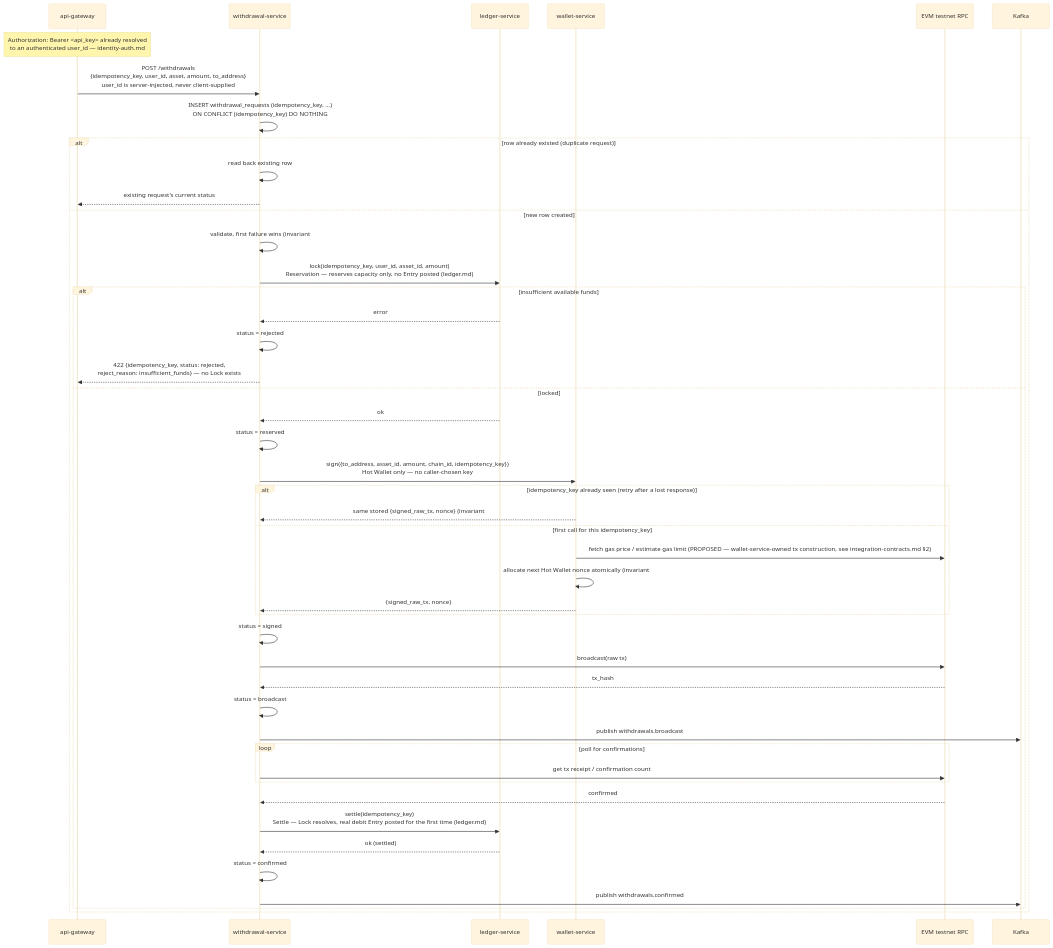
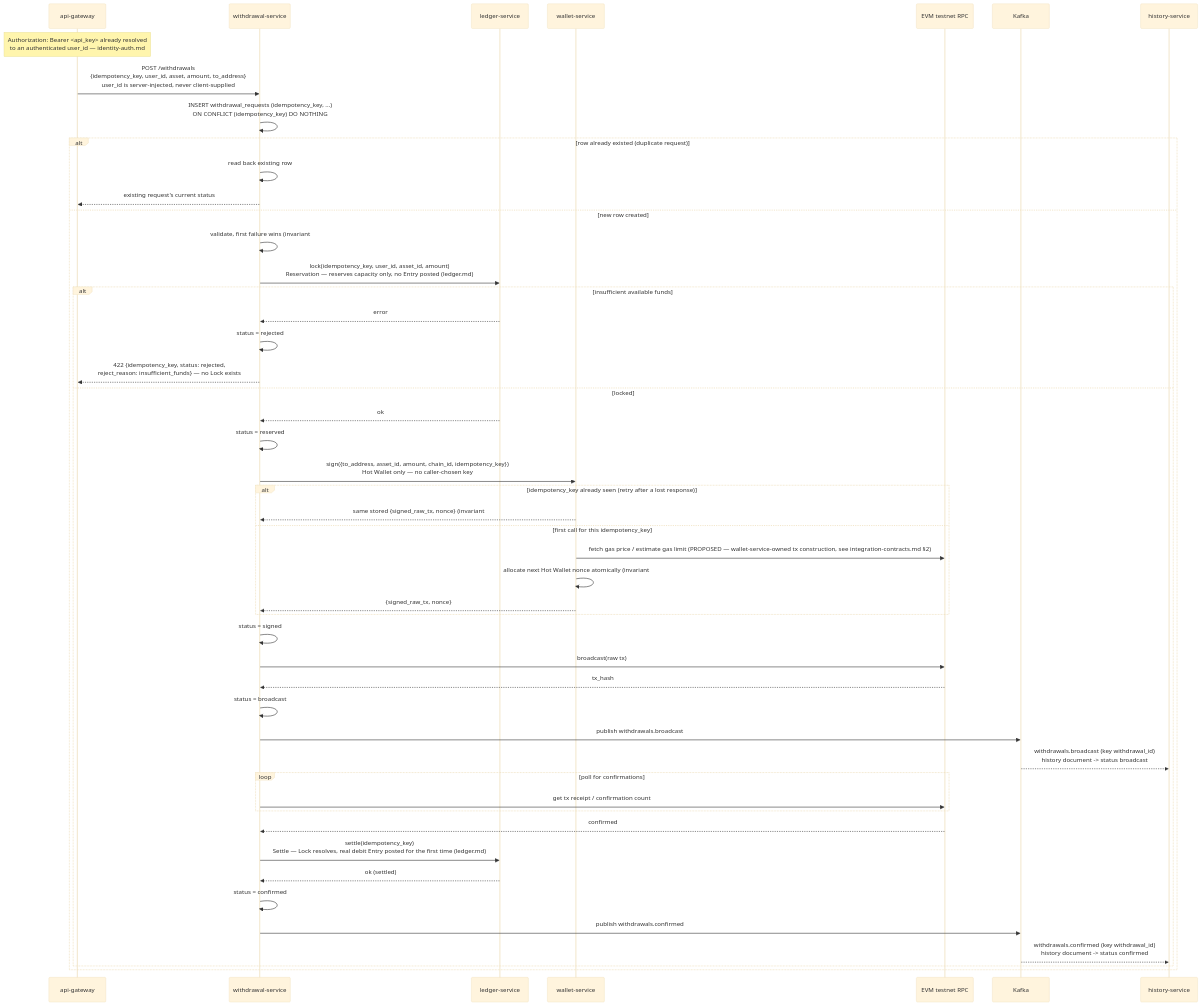
Before and after one commit to VuKhuongDuy/DigiWal: the first of 5 diagrams in docs/design/withdrawal-flow.md, drawn with Mermaid (base theme). The commit also changed other lines of this file, not shown here.

First line of the commit message:
withdrawal-flow: show history-service consuming withdrawal topics, fix Mermaid parse error

````diff
--- a/docs/design/withdrawal-flow.md
+++ b/docs/design/withdrawal-flow.md
@@ -863,49 +863,52 @@
 ```mermaid
 sequenceDiagram
     participant Gateway as api-gateway
     participant WD as withdrawal-service
     participant Ledger as ledger-service
     participant Wallet as wallet-service
     participant RPC as EVM testnet RPC
     participant Kafka
+    participant History as history-service
 
     Note over Gateway: Authorization: Bearer <api_key> already resolved<br/>to an authenticated user_id — identity-auth.md
     Gateway->>WD: POST /withdrawals<br/>{idempotency_key, user_id, asset, amount, to_address}<br/>user_id is server-injected, never client-supplied
     WD->>WD: INSERT withdrawal_requests (idempotency_key, ...)<br/>ON CONFLICT (idempotency_key) DO NOTHING
     alt row already existed (duplicate request)
         WD->>WD: read back existing row
         WD-->>Gateway: existing request's current status
     else new row created
         WD->>WD: validate, first failure wins (invariant #10 order):<br/>asset registered, to_address valid & non-zero, amount <= uint256,<br/>amount >= min, active Whitelist Entry, not on Screening List,<br/>not Hot/Warm, not a deposit address (invariant #18)<br/>reject → 422 {idempotency_key, status: rejected, reject_reason}
         WD->>Ledger: lock(idempotency_key, user_id, asset_id, amount)<br/>Reservation — reserves capacity only, no Entry posted (ledger.md)
         alt insufficient available funds
             Ledger-->>WD: error
             WD->>WD: status = rejected
             WD-->>Gateway: 422 {idempotency_key, status: rejected,<br/>reject_reason: insufficient_funds} — no Lock exists
         else locked
             Ledger-->>WD: ok
             WD->>WD: status = reserved
             WD->>Wallet: sign({to_address, asset_id, amount, chain_id, idempotency_key})<br/>Hot Wallet only — no caller-chosen key
             alt idempotency_key already seen (retry after a lost response)
                 Wallet-->>WD: same stored {signed_raw_tx, nonce} (invariant #16) — no new nonce allocated
             else first call for this idempotency_key
                 Wallet->>RPC: fetch gas price / estimate gas limit (PROPOSED — wallet-service-owned tx construction, see integration-contracts.md §2)
                 Wallet->>Wallet: allocate next Hot Wallet nonce atomically (invariant #6)<br/>persist (idempotency_key -> nonce, signed_raw_tx) (invariant #16)
                 Wallet-->>WD: {signed_raw_tx, nonce}
             end
             WD->>WD: status = signed
             WD->>RPC: broadcast(raw tx)
             RPC-->>WD: tx_hash
             WD->>WD: status = broadcast
             WD->>Kafka: publish withdrawals.broadcast
+            Kafka-->>History: withdrawals.broadcast (key withdrawal_id)<br/>history document -> status broadcast
             loop poll for confirmations
                 WD->>RPC: get tx receipt / confirmation count
             end
             RPC-->>WD: confirmed
             WD->>Ledger: settle(idempotency_key)<br/>Settle — Lock resolves, real debit Entry posted for the first time (ledger.md)
             Ledger-->>WD: ok (settled)
             WD->>WD: status = confirmed
             WD->>Kafka: publish withdrawals.confirmed
+            Kafka-->>History: withdrawals.confirmed (key withdrawal_id)<br/>history document -> status confirmed
         end
     end
 ```
````
